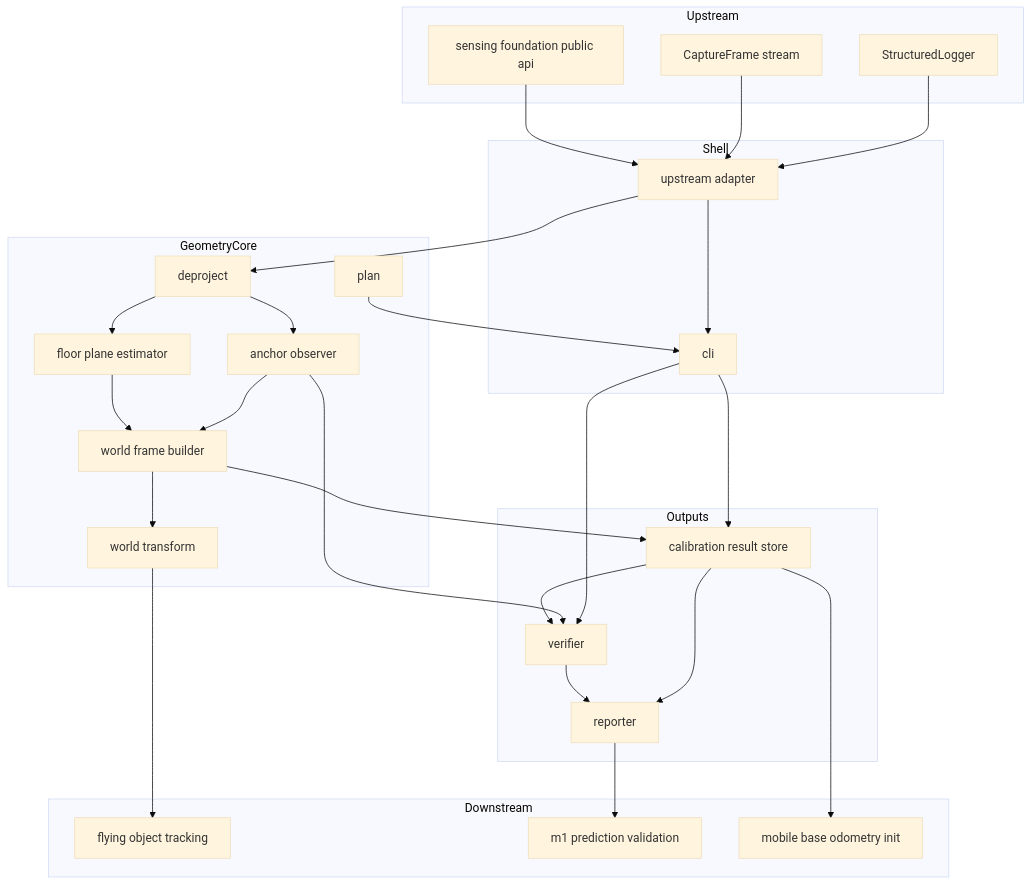
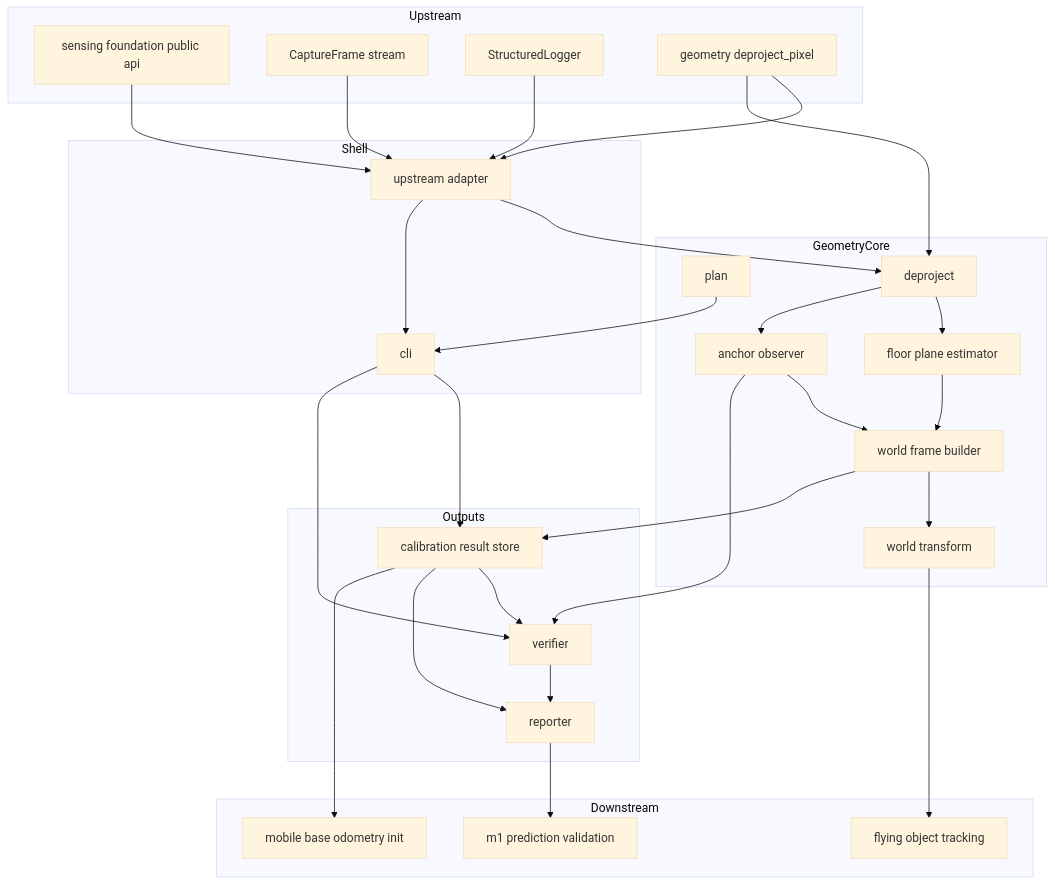
One commit to f18c052f/smart-trashbox-tribute changed the first of 5 diagrams in .kiro/specs/world-frame-calibration/design.md. Above: the diagram before and after it, drawn with Mermaid (base theme). The commit also changed other lines of this file and 7 other files, not shown here.

````diff
--- a/.kiro/specs/world-frame-calibration/design.md
+++ b/.kiro/specs/world-frame-calibration/design.md
@@ -124,51 +134,54 @@
 ```mermaid
 graph TB
     subgraph Upstream
         SF[sensing foundation public api]
         Frames[CaptureFrame stream]
         Log[StructuredLogger]
+        Geo[geometry deproject_pixel]
     end
     subgraph Shell
         UP[upstream adapter]
         CLI[cli]
     end
     subgraph GeometryCore
         Plan[plan]
         Deproj[deproject]
         Plane[floor plane estimator]
         Anchor[anchor observer]
         Frame[world frame builder]
         Tf[world transform]
     end
     subgraph Outputs
         Res[calibration result store]
         Ver[verifier]
         Rep[reporter]
     end
     subgraph Downstream
         Track[flying object tracking]
         M1[m1 prediction validation]
         M3[mobile base odometry init]
     end
     SF --> UP
     Frames --> UP
     Log --> UP
+    Geo --> UP
+    Geo --> Deproj
     UP --> Deproj
     UP --> CLI
     Plan --> CLI
     Deproj --> Plane
     Deproj --> Anchor
     Plane --> Frame
     Anchor --> Frame
     Frame --> Tf
     Frame --> Res
     Res --> Ver
     Anchor --> Ver
     Ver --> Rep
     Res --> Rep
     Tf --> Track
     Rep --> M1
     Res --> M3
     CLI --> Res
     CLI --> Ver
 ```
````
